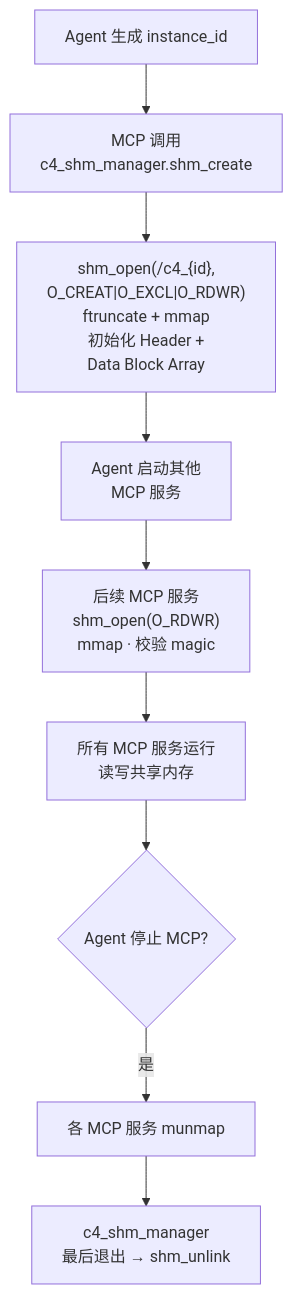
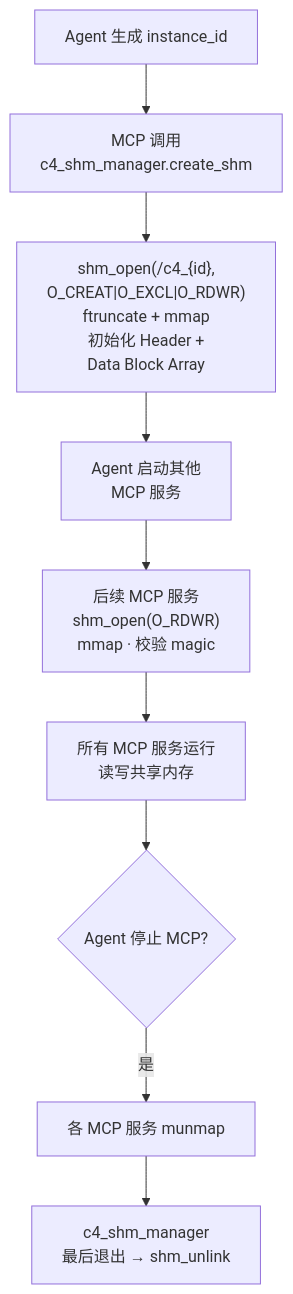
The sixth of 16 diagrams in docs/design/c4_architecture.md (activesys/c4), drawn with Mermaid before and after one commit. The commit also changed other lines of this file and 2 other files, not shown here.

First line of the commit message:
docs: MCP tool definition with JSON-RPC 2.0 spec (§3.3.2-§3.3.5)

````diff
--- a/docs/design/c4_architecture.md
+++ b/docs/design/c4_architecture.md
@@ -564,11 +564,11 @@
 ```mermaid
 flowchart TD
-    A["Agent 生成 instance_id"] --> B["MCP 调用<br/>c4_shm_manager.shm_create"]
+    A["Agent 生成 instance_id"] --> B["MCP 调用<br/>c4_shm_manager.create_shm"]
     B --> C["shm_open(/c4_{id},<br/>O_CREAT|O_EXCL|O_RDWR)<br/>ftruncate + mmap<br/>初始化 Header +<br/>Data Block Array"]
     C --> D["Agent 启动其他<br/>MCP 服务"]
     D --> E["后续 MCP 服务<br/>shm_open(O_RDWR)<br/>mmap · 校验 magic"]
     E --> F["所有 MCP 服务运行<br/>读写共享内存"]
     F --> G{"Agent 停止 MCP?"}
     G -->|"是"| H["各 MCP 服务 munmap"]
     H --> I["c4_shm_manager<br/>最后退出 → shm_unlink"]
 ```
````
